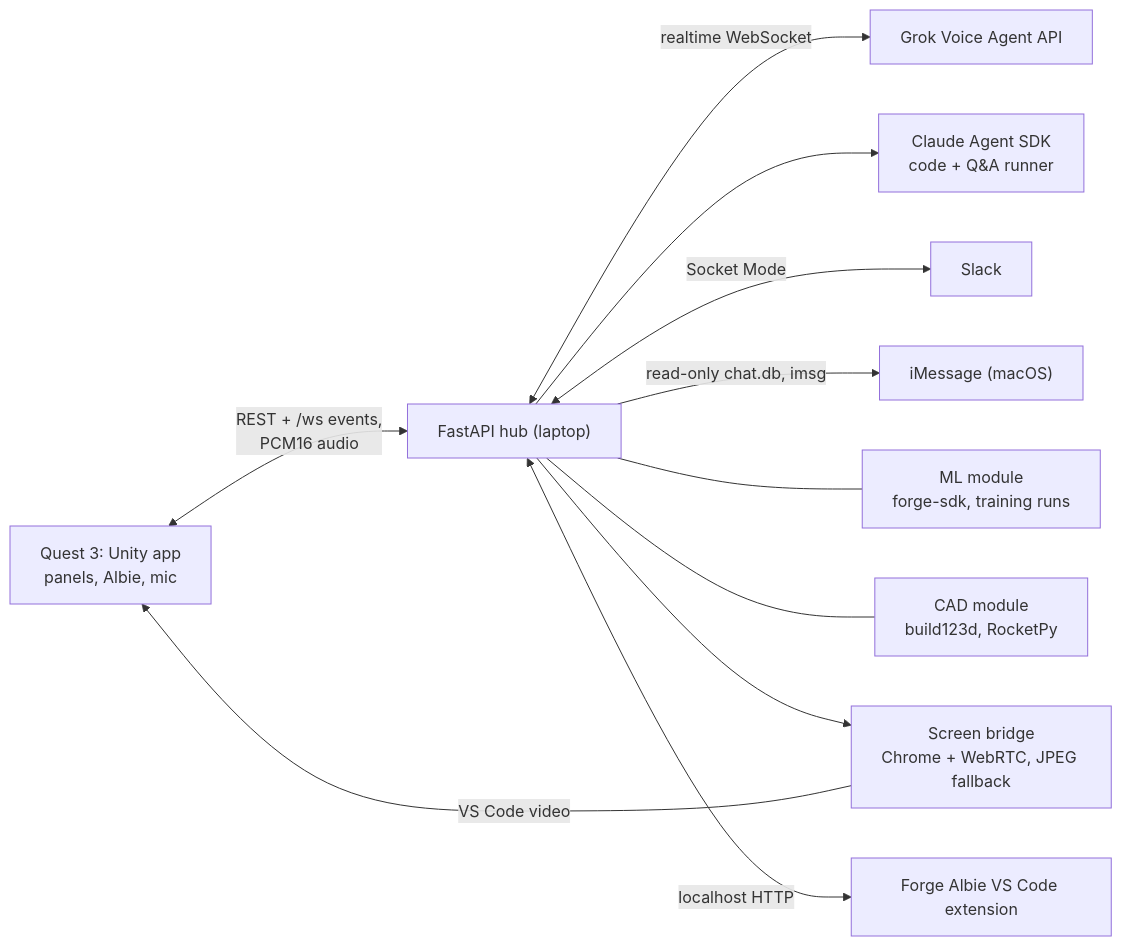
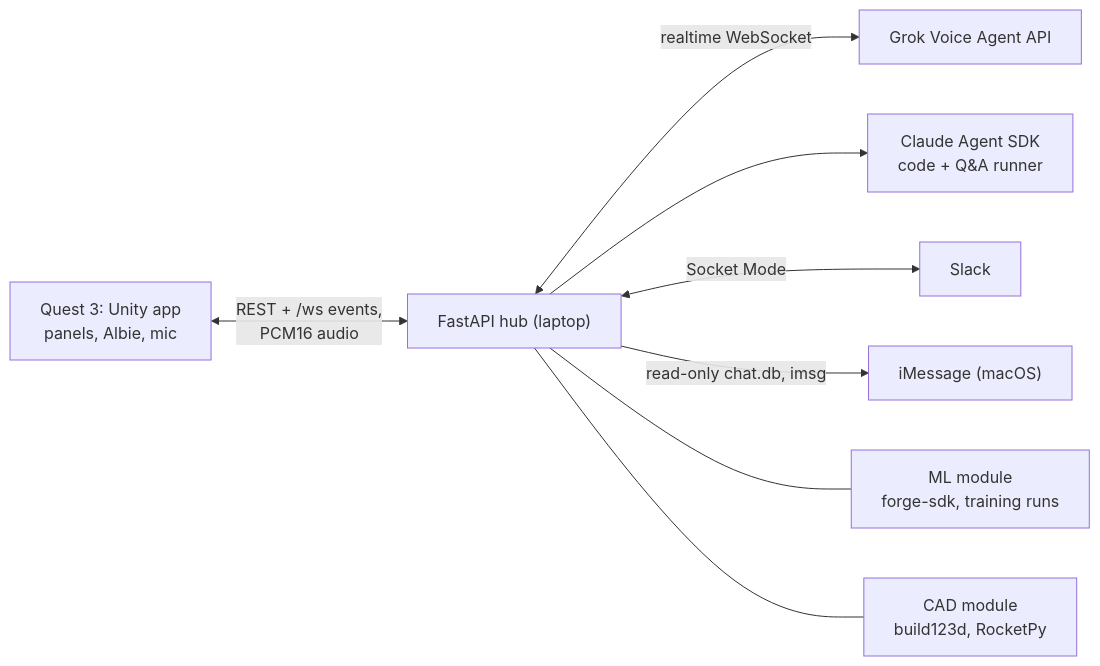
One commit to builtbyd3v/albie-vr changed the diagram in README.md. Above: the diagram before and after it, drawn with Mermaid. The commit also changed other lines of this file and 110 other files, not shown here.

First line of the commit message:
Remove VS Code, the screen bridge and the Screens module (D-41)

````diff
--- a/README.md
+++ b/README.md
@@ -31,13 +31,10 @@
 ```mermaid
 flowchart LR
   Quest["Quest 3: Unity app<br/>panels, Albie, mic"] <-->|"REST + /ws events,<br/>PCM16 audio"| Hub["FastAPI hub (laptop)"]
   Hub <-->|realtime WebSocket| Grok["Grok Voice Agent API"]
   Hub --> Claude["Claude Agent SDK<br/>code + Q&A runner"]
   Hub <-->|Socket Mode| Slack["Slack"]
   Hub -->|read-only chat.db, imsg| IM["iMessage (macOS)"]
   Hub --- ML["ML module<br/>forge-sdk, training runs"]
   Hub --- CAD["CAD module<br/>build123d, RocketPy"]
-  Hub --> Bridge["Screen bridge<br/>Chrome + WebRTC, JPEG fallback"]
-  Bridge -->|VS Code video| Quest
-  Hub <-->|localhost HTTP| Ext["Forge Albie VS Code extension"]
 ```
````
